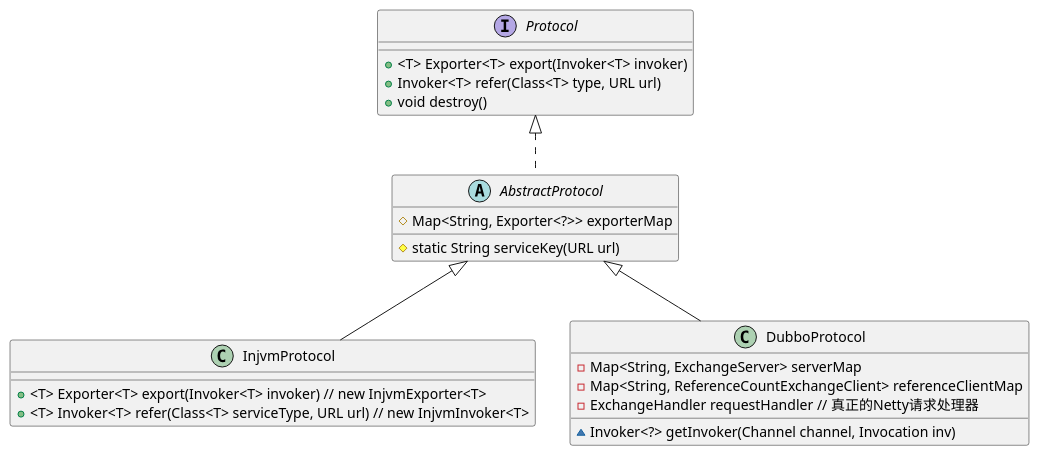
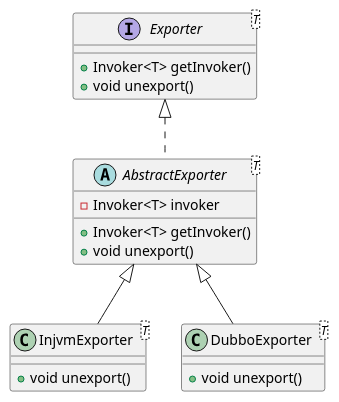
The diagram in dubbo-rpc/dubbo-rpc-api/src/main/java/com/alibaba/dubbo/rpc/uml/exporter.puml (zhaojigang/dubbo-notes), drawn with PlantUML before and after one commit. The commit also changed 2 other files, not shown here.

```diff
--- a/dubbo-rpc/dubbo-rpc-api/src/main/java/com/alibaba/dubbo/rpc/uml/exporter.puml
+++ b/dubbo-rpc/dubbo-rpc-api/src/main/java/com/alibaba/dubbo/rpc/uml/exporter.puml
@@ -1,25 +1,21 @@
 @startuml
 
-interface Protocol {
-    + <T> Exporter<T> export(Invoker<T> invoker)
-    + Invoker<T> refer(Class<T> type, URL url)
-    + void destroy()
+interface Exporter<T> {
+    + Invoker<T> getInvoker()
+    + void unexport()
 }
 
-abstract class AbstractProtocol implements Protocol {
-    # Map<String, Exporter<?>> exporterMap
-    # static String serviceKey(URL url)
+abstract class AbstractExporter<T> implements Exporter {
+    - Invoker<T> invoker
+    + Invoker<T> getInvoker()
+    + void unexport()
 }
 
-class InjvmProtocol extends AbstractProtocol {
-    + <T> Exporter<T> export(Invoker<T> invoker) // new InjvmExporter<T>
-    + <T> Invoker<T> refer(Class<T> serviceType, URL url) // new InjvmInvoker<T>
+class InjvmExporter<T> extends AbstractExporter {
+    + void unexport()
 }
 
-class DubboProtocol extends AbstractProtocol {
-    - Map<String, ExchangeServer> serverMap
-    - Map<String, ReferenceCountExchangeClient> referenceClientMap
-    - ExchangeHandler requestHandler // 真正的Netty请求处理器
-    ~ Invoker<?> getInvoker(Channel channel, Invocation inv)
+class DubboExporter<T> extends AbstractExporter {
+    + void unexport()
 }
 @enduml
```
